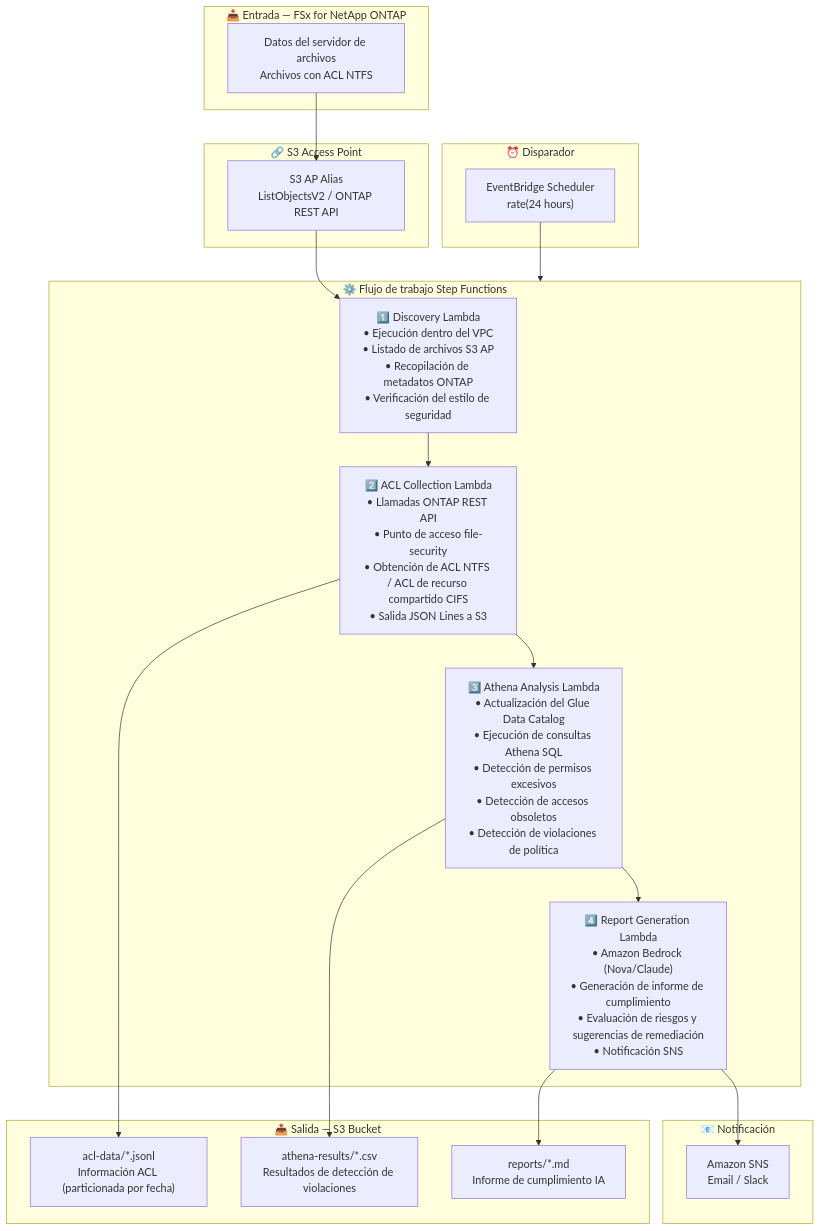
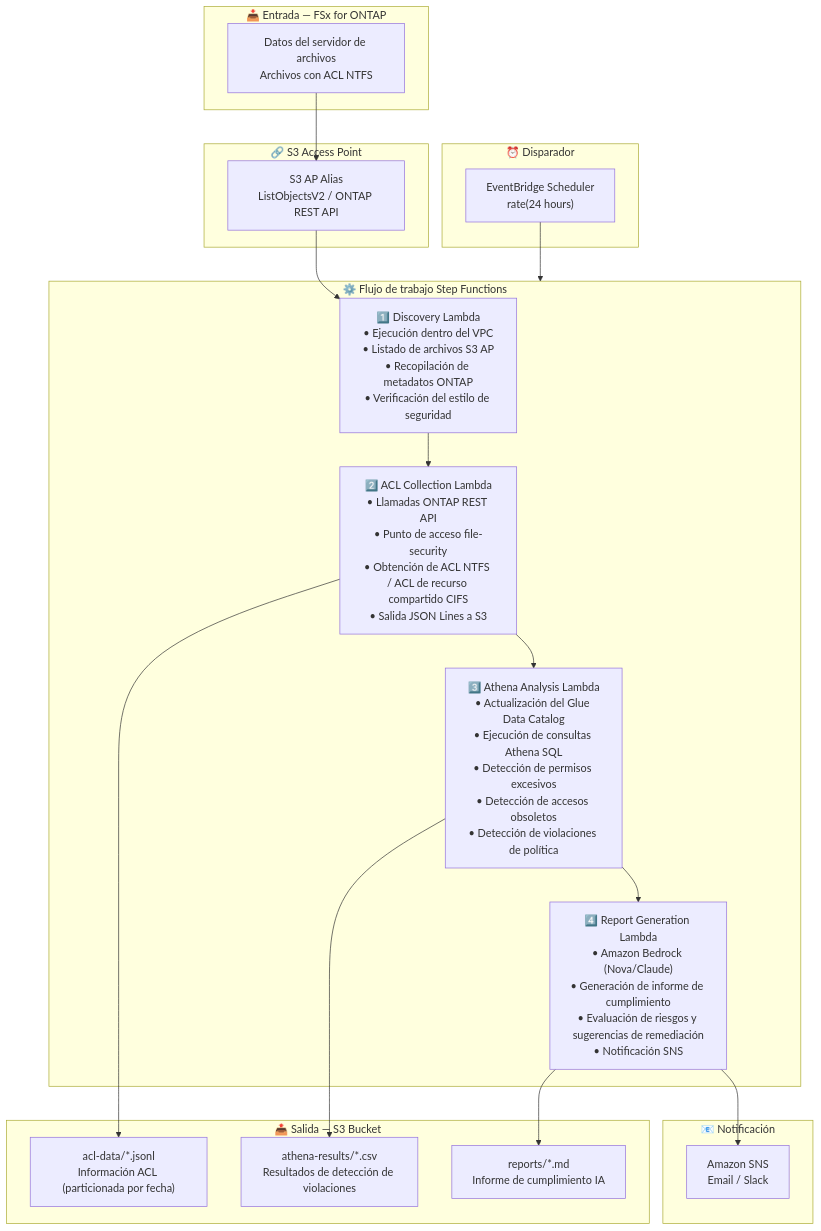
One commit to Yoshiki0705/FSx-for-ONTAP-S3AccessPoints-Serverless-Patterns changed the diagram in legal-compliance/docs/architecture.es.md. Above: the diagram before and after it, drawn with Mermaid. The commit also changed other lines of this file and 597 other files, not shown here.

````diff
--- a/legal-compliance/docs/architecture.es.md
+++ b/legal-compliance/docs/architecture.es.md
@@ -11,42 +11,42 @@
 ```mermaid
 flowchart TB
-    subgraph INPUT["📥 Entrada — FSx for NetApp ONTAP"]
+    subgraph INPUT["📥 Entrada — FSx for ONTAP"]
         FILES["Datos del servidor de archivos<br/>Archivos con ACL NTFS"]
     end
 
     subgraph S3AP["🔗 S3 Access Point"]
         ALIAS["S3 AP Alias<br/>ListObjectsV2 / ONTAP REST API"]
     end
 
     subgraph TRIGGER["⏰ Disparador"]
         EB["EventBridge Scheduler<br/>rate(24 hours)"]
     end
 
     subgraph SFN["⚙️ Flujo de trabajo Step Functions"]
         DISC["1️⃣ Discovery Lambda<br/>• Ejecución dentro del VPC<br/>• Listado de archivos S3 AP<br/>• Recopilación de metadatos ONTAP<br/>• Verificación del estilo de seguridad"]
         ACL["2️⃣ ACL Collection Lambda<br/>• Llamadas ONTAP REST API<br/>• Punto de acceso file-security<br/>• Obtención de ACL NTFS / ACL de recurso compartido CIFS<br/>• Salida JSON Lines a S3"]
         ATH["3️⃣ Athena Analysis Lambda<br/>• Actualización del Glue Data Catalog<br/>• Ejecución de consultas Athena SQL<br/>• Detección de permisos excesivos<br/>• Detección de accesos obsoletos<br/>• Detección de violaciones de política"]
         RPT["4️⃣ Report Generation Lambda<br/>• Amazon Bedrock (Nova/Claude)<br/>• Generación de informe de cumplimiento<br/>• Evaluación de riesgos y sugerencias de remediación<br/>• Notificación SNS"]
     end
 
     subgraph OUTPUT["📤 Salida — S3 Bucket"]
         ACLDATA["acl-data/*.jsonl<br/>Información ACL (particionada por fecha)"]
         ATHENA["athena-results/*.csv<br/>Resultados de detección de violaciones"]
         REPORT["reports/*.md<br/>Informe de cumplimiento IA"]
     end
 
     subgraph NOTIFY["📧 Notificación"]
         SNS["Amazon SNS<br/>Email / Slack"]
     end
 
     FILES --> ALIAS
     ALIAS --> DISC
     EB --> SFN
     DISC --> ACL
     ACL --> ATH
     ATH --> RPT
     ACL --> ACLDATA
     ATH --> ATHENA
     RPT --> REPORT
     RPT --> SNS
 ```
````
